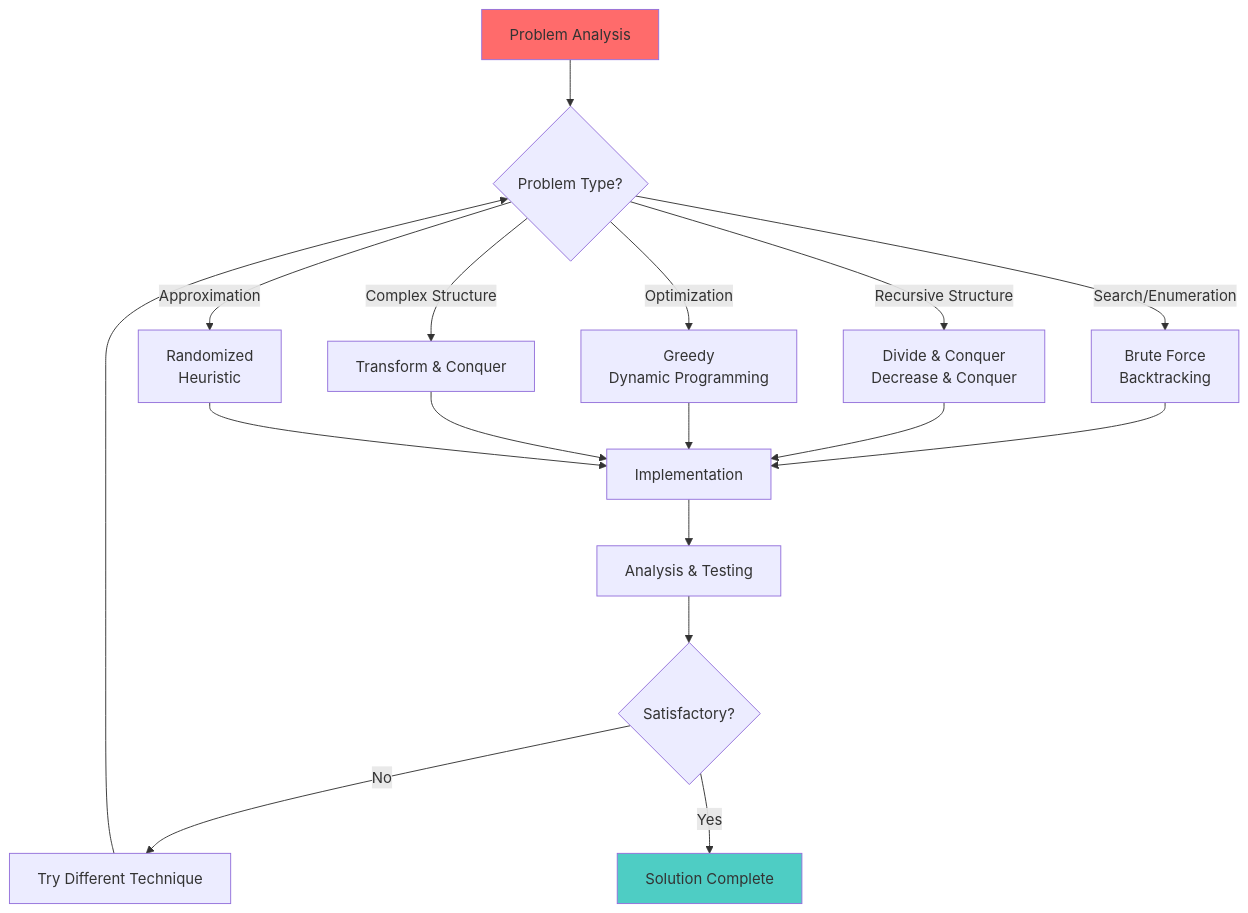
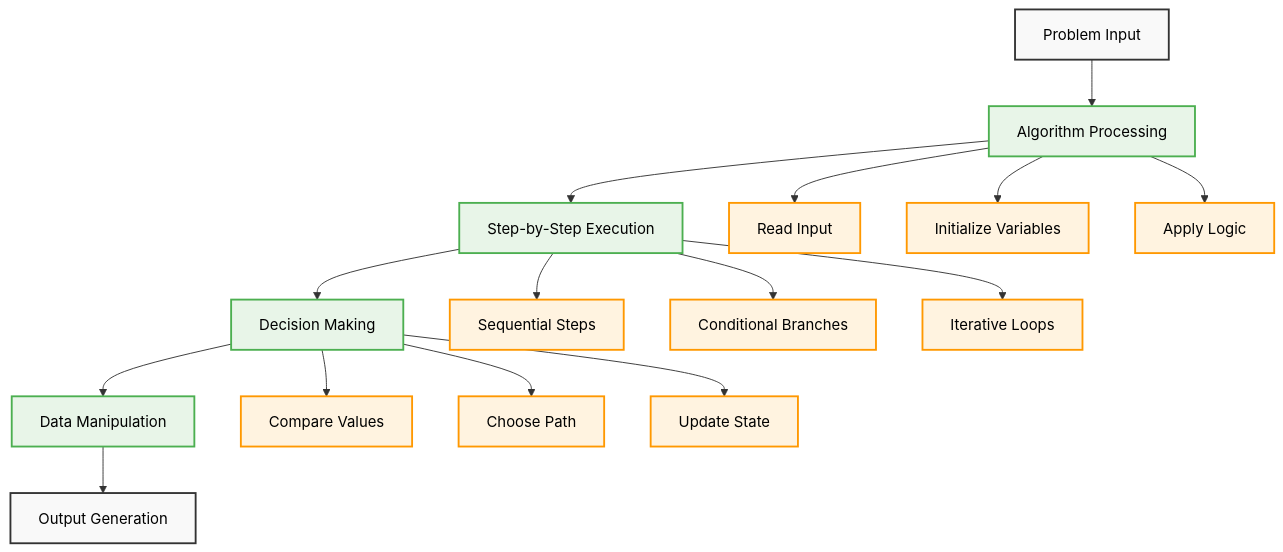
One commit to AbhishekGiri04/Algorithmics-Foundations changed the third of 17 diagrams in concepts/algorithm-design.md. Above: the diagram before and after it, drawn with Mermaid. The commit also changed other lines of this file, not shown here.

Commit message:
Complete algorithm design guide with professional diagrams and comprehensive coverage

````diff
--- a/concepts/algorithm-design.md
+++ b/concepts/algorithm-design.md
@@ -170,25 +104,26 @@
 ```mermaid
 flowchart TD
-    A["Problem Analysis"] --> B{"Problem Type?"}
+    A["Problem Input"] --> B["Algorithm Processing"]
+    B --> C["Step-by-Step Execution"]
+    C --> D["Decision Making"]
+    D --> E["Data Manipulation"]
+    E --> F["Output Generation"]
     
-    B -->|"Search/Enumeration"| C["Brute Force<br/>Backtracking"]
-    B -->|"Recursive Structure"| D["Divide & Conquer<br/>Decrease & Conquer"]
-    B -->|"Optimization"| E["Greedy<br/>Dynamic Programming"]
-    B -->|"Complex Structure"| F["Transform & Conquer"]
-    B -->|"Approximation"| G["Randomized<br/>Heuristic"]
+    B --> G["Read Input"]
+    B --> H["Initialize Variables"]
+    B --> I["Apply Logic"]
     
-    C --> H["Implementation"]
-    D --> H
-    E --> H
-    F --> H
-    G --> H
+    C --> J["Sequential Steps"]
+    C --> K["Conditional Branches"]
+    C --> L["Iterative Loops"]
     
-    H --> I["Analysis & Testing"]
-    I --> J{"Satisfactory?"}
-    J -->|No| K["Try Different Technique"]
-    J -->|Yes| L["Solution Complete"]
-    K --> B
+    D --> M["Compare Values"]
+    D --> N["Choose Path"]
+    D --> O["Update State"]
     
-    style A fill:#ff6b6b
-    style L fill:#4ecdc4
+    classDef default fill:#f9f9f9,stroke:#333,stroke-width:2px,color:#000
+    classDef process fill:#e8f5e8,stroke:#4caf50,stroke-width:2px,color:#000
+    classDef step fill:#fff3e0,stroke:#ff9800,stroke-width:2px,color:#000
+    class B,C,D,E process
+    class G,H,I,J,K,L,M,N,O step
 ```
````
